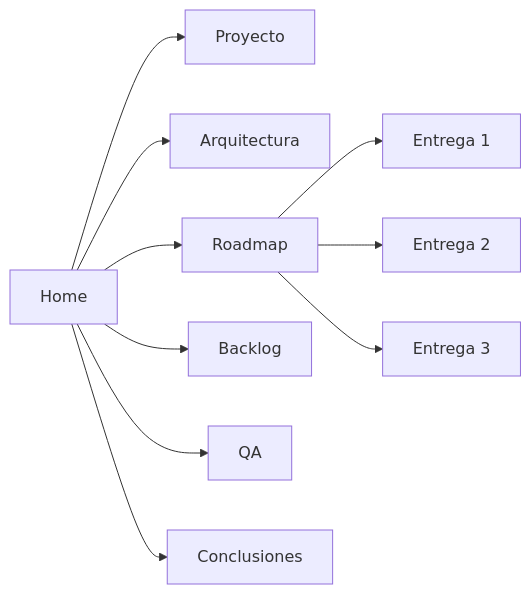
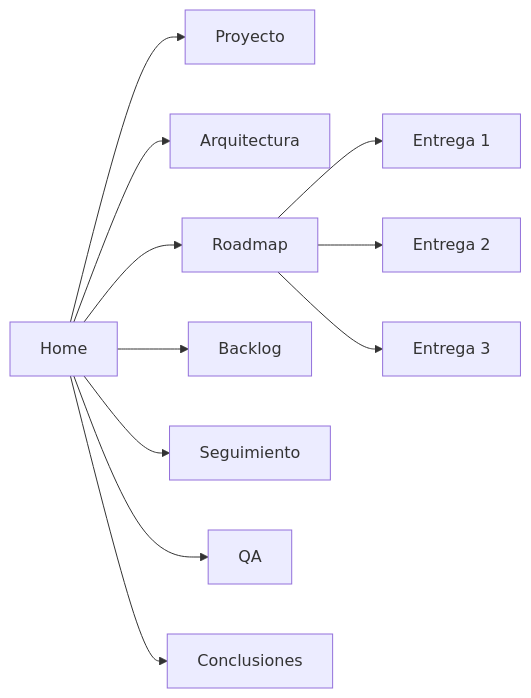
Before and after one commit to andresfccy/poli-tsp: the diagram in docs/index.md, drawn with Mermaid. The commit also changed other lines of this file and 17 other files, not shown here.

````diff
--- a/docs/index.md
+++ b/docs/index.md
@@ -47,12 +47,13 @@
 ```mermaid
 flowchart LR
   H["Home"] --> P["Proyecto"]
   H --> A["Arquitectura"]
   H --> R["Roadmap"]
   R --> E1["Entrega 1"]
   R --> E2["Entrega 2"]
   R --> E3["Entrega 3"]
   H --> B["Backlog"]
+  H --> S["Seguimiento"]
   H --> Q["QA"]
   H --> C["Conclusiones"]
 ```
````
